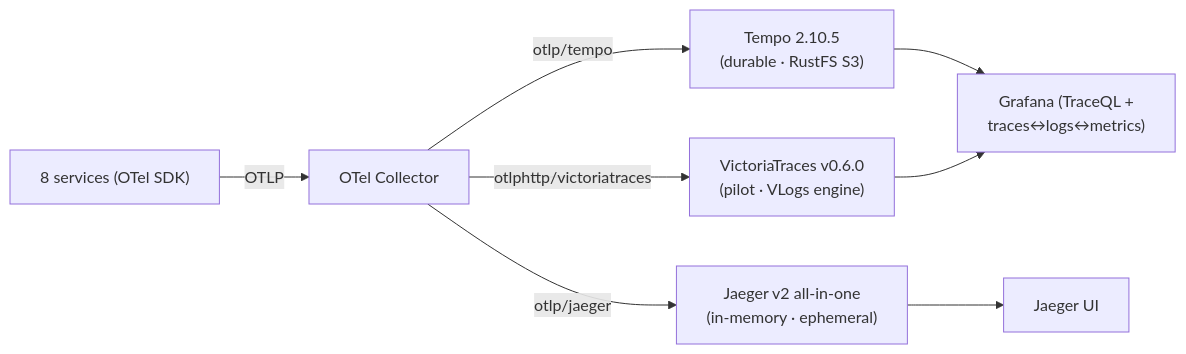
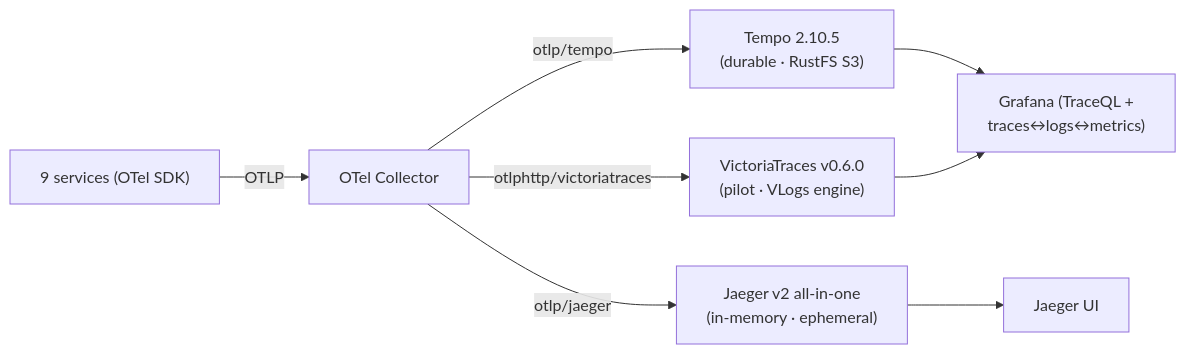
One commit to duynhlab/homelab changed the diagram in docs/observability/tracing/backends-comparison.md. Above: the diagram before and after it, drawn with Mermaid. The commit also changed 43 other files, not shown here.

````diff
--- a/docs/observability/tracing/backends-comparison.md
+++ b/docs/observability/tracing/backends-comparison.md
@@ -15,10 +15,10 @@
 ```mermaid
 flowchart LR
-  Apps["8 services (OTel SDK)"] -->|OTLP| OC["OTel Collector"]
+  Apps["9 services (OTel SDK)"] -->|OTLP| OC["OTel Collector"]
   OC -->|otlp/tempo| T["Tempo 2.10.5<br/>(durable · RustFS S3)"]
   OC -->|otlp/jaeger| J["Jaeger v2 all-in-one<br/>(in-memory · ephemeral)"]
   OC -->|otlphttp/victoriatraces| V["VictoriaTraces v0.6.0<br/>(pilot · VLogs engine)"]
   T --> G["Grafana (TraceQL +<br/>traces↔logs↔metrics)"]
   J --> JU["Jaeger UI"]
   V --> G
 ```
````
